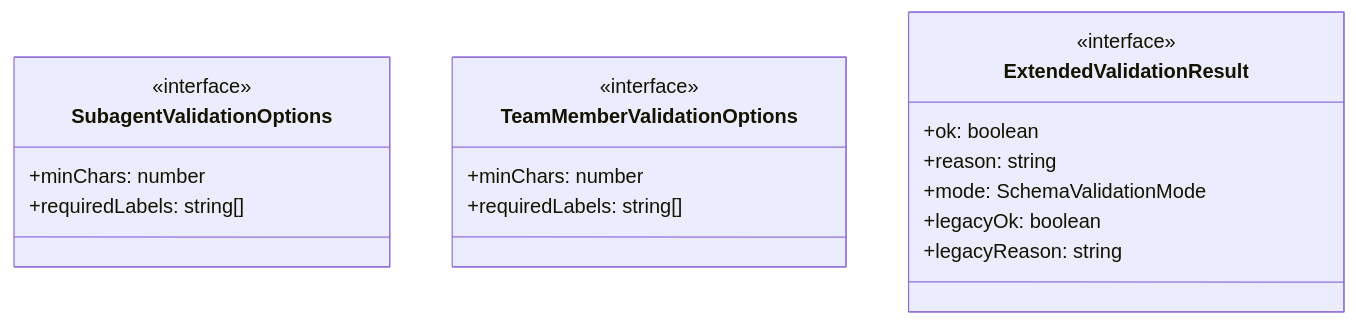
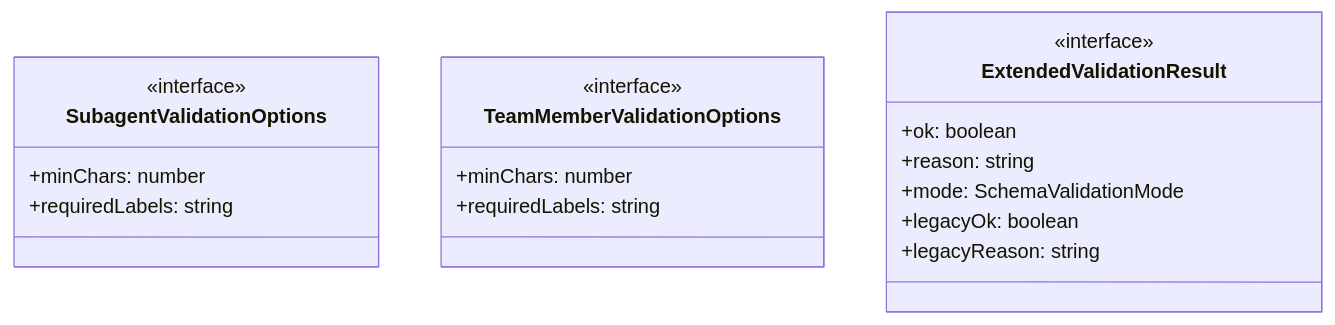
One commit to Mekann2904/mekann changed the first of 4 diagrams in ABDD/.pi/lib/output-validation.md. Above: the diagram before and after it, drawn with Mermaid. The commit also changed other lines of this file and 174 other files, not shown here.

First line of the commit message:
fix(docs): ABDDのMermaid図生成エラーを修正する

````diff
--- a/ABDD/.pi/lib/output-validation.md
+++ b/ABDD/.pi/lib/output-validation.md
@@ -39,21 +39,21 @@
 ```mermaid
 classDiagram
   class SubagentValidationOptions {
     <<interface>>
     +minChars: number
-    +requiredLabels: string[]
+    +requiredLabels: string
   }
   class TeamMemberValidationOptions {
     <<interface>>
     +minChars: number
-    +requiredLabels: string[]
+    +requiredLabels: string
   }
   class ExtendedValidationResult {
     <<interface>>
     +ok: boolean
     +reason: string
     +mode: SchemaValidationMode
     +legacyOk: boolean
     +legacyReason: string
   }
 ```
````
